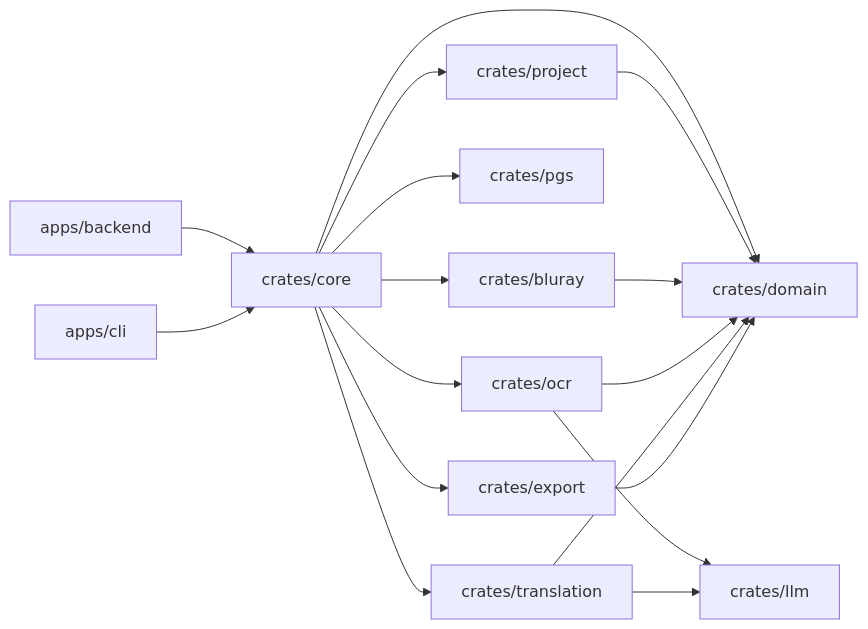
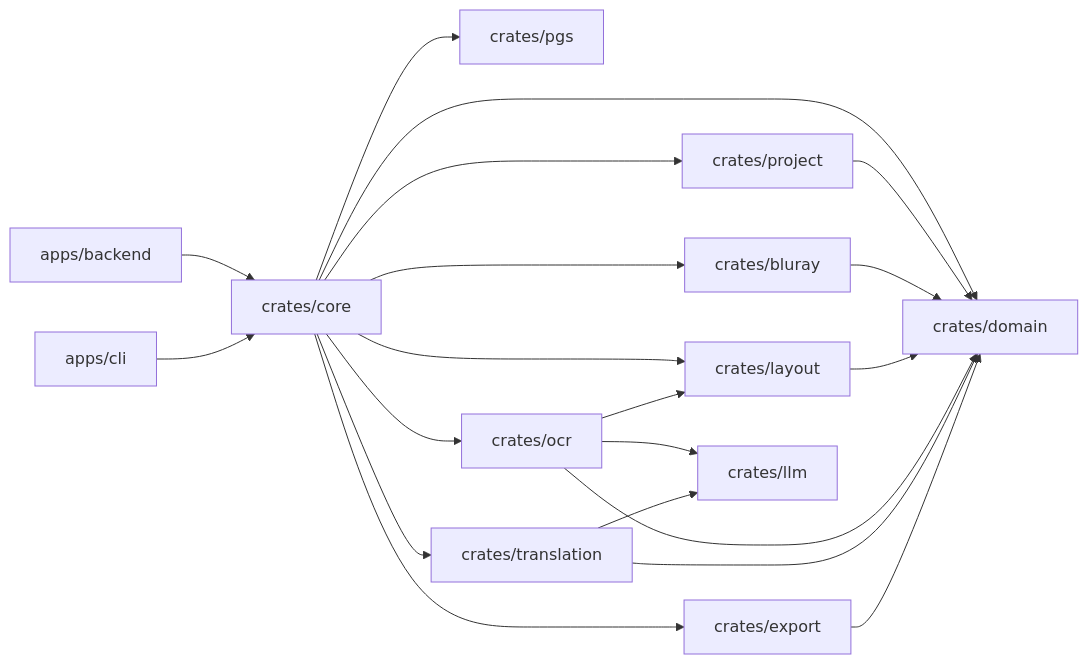
One commit to everettielle/RosettaCue changed the fourth of 18 diagrams in docs/specification.md. Above: the diagram before and after it, drawn with Mermaid. The commit also changed other lines of this file and 1 other file, not shown here.

First line of the commit message:
docs: specify the block model and the schema-2 break

````diff
--- a/docs/specification.md
+++ b/docs/specification.md
@@ -180,19 +180,22 @@
 ```mermaid
 flowchart LR
   Backend["apps/backend"] --> Core["crates/core"]
   CLI["apps/cli"] --> Core
   Core --> Domain["crates/domain"]
   Core --> Project["crates/project"]
   Core --> Bluray["crates/bluray"]
   Core --> PGS["crates/pgs"]
   Core --> OCR["crates/ocr"]
+  Core --> Layout["crates/layout"]
   Core --> Translation["crates/translation"]
   Core --> Export["crates/export"]
   Project --> Domain
   Bluray --> Domain
+  Layout --> Domain
   OCR --> Domain
+  OCR --> Layout
   OCR --> LLM["crates/llm"]
   Translation --> Domain
   Translation --> LLM
   Export --> Domain
 ```
````
